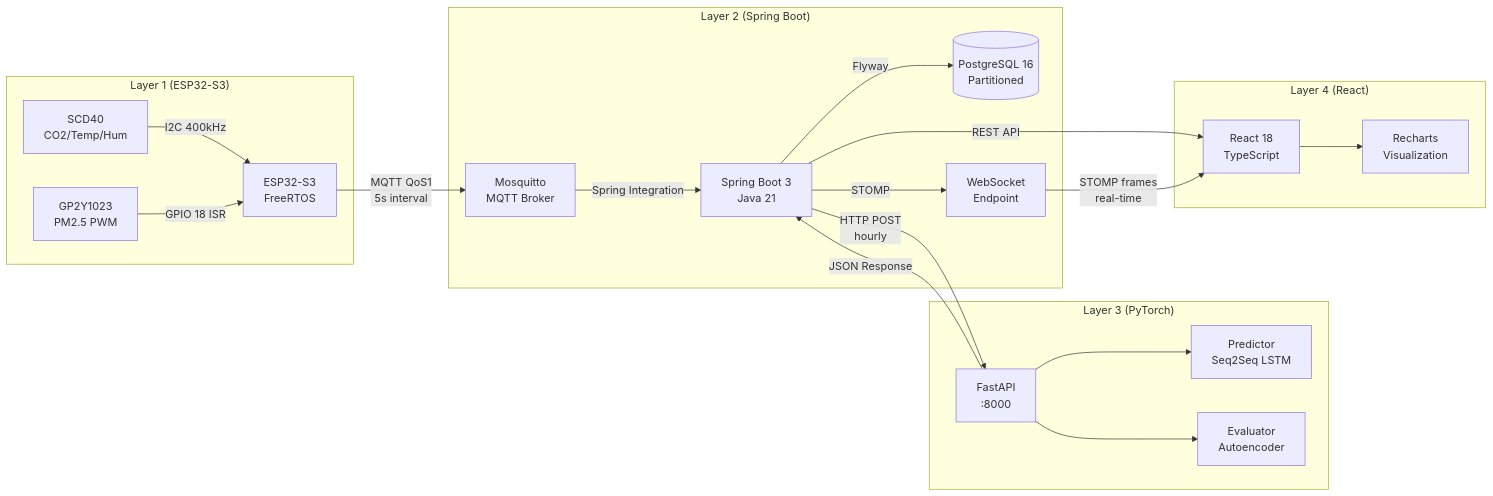
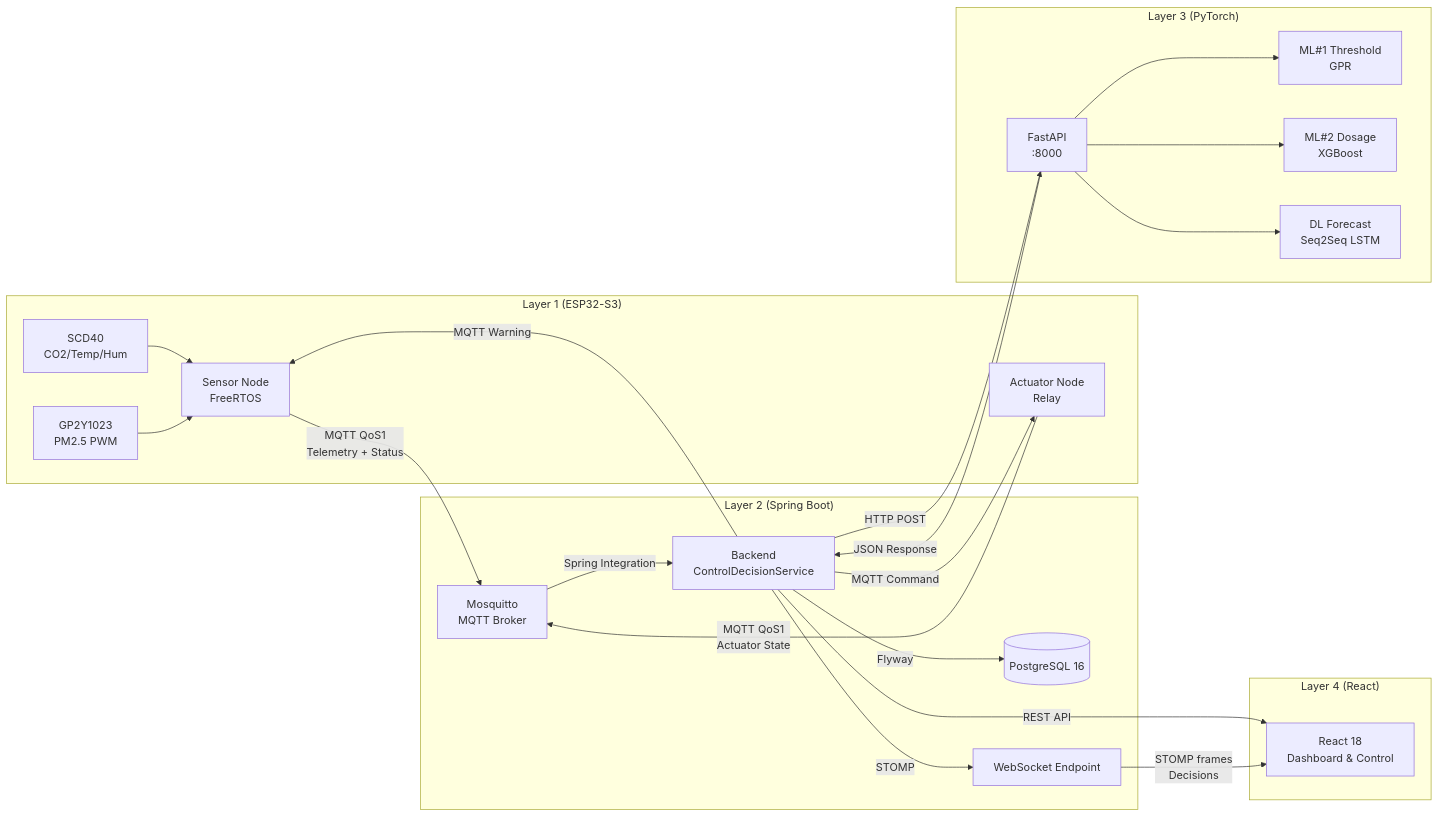
One commit to huynhhoang04/AirQualitySupervisionSystem changed the diagram in docs/io_contract.md. Above: the diagram before and after it, drawn with Mermaid. The commit also changed other lines of this file and 8 other files, not shown here.

First line of the commit message:
AQSS V2: Closed-loop indoor air quality control architecture

````diff
--- a/docs/io_contract.md
+++ b/docs/io_contract.md
@@ -626,39 +450,43 @@
 ```mermaid
 graph LR
     subgraph "Layer 1 (ESP32-S3)"
         S1[SCD40<br>CO2/Temp/Hum]
         S2[GP2Y1023<br>PM2.5 PWM]
-        MCU[ESP32-S3<br>FreeRTOS]
-        S1 -->|I2C 400kHz| MCU
-        S2 -->|GPIO 18 ISR| MCU
+        MCU[Sensor Node<br>FreeRTOS]
+        ACT[Actuator Node<br>Relay]
+        S1 --> MCU
+        S2 --> MCU
     end
 
     subgraph "Layer 2 (Spring Boot)"
         MQTT[Mosquitto<br>MQTT Broker]
-        SB[Spring Boot 3<br>Java 21]
-        DB[(PostgreSQL 16<br>Partitioned)]
+        SB[Backend<br>ControlDecisionService]
+        DB[(PostgreSQL 16)]
         SB -->|Flyway| DB
-        SB -->|STOMP| WS[WebSocket<br>Endpoint]
+        SB -->|STOMP| WS[WebSocket Endpoint]
     end
 
     subgraph "Layer 3 (PyTorch)"
         FA[FastAPI<br>:8000]
-        M1[Predictor<br>Seq2Seq LSTM]
-        M2[Evaluator<br>Autoencoder]
+        M1[ML#1 Threshold<br>GPR]
+        M2[ML#2 Dosage<br>XGBoost]
+        M3[DL Forecast<br>Seq2Seq LSTM]
         FA --> M1
         FA --> M2
+        FA --> M3
     end
 
     subgraph "Layer 4 (React)"
-        FE[React 18<br>TypeScript]
-        RC[Recharts<br>Visualization]
-        FE --> RC
+        FE[React 18<br>Dashboard & Control]
     end
 
-    MCU -->|MQTT QoS1<br>5s interval| MQTT
+    MCU -->|MQTT QoS1<br>Telemetry + Status| MQTT
+    ACT -->|MQTT QoS1<br>Actuator State| MQTT
     MQTT -->|Spring Integration| SB
-    SB -->|HTTP POST<br>hourly| FA
+    SB -->|HTTP POST| FA
     FA -->|JSON Response| SB
+    SB -->|MQTT Command| ACT
+    SB -->|MQTT Warning| MCU
     SB -->|REST API| FE
-    WS -->|STOMP frames<br>real-time| FE
+    WS -->|STOMP frames<br>Decisions| FE
 ```
````
